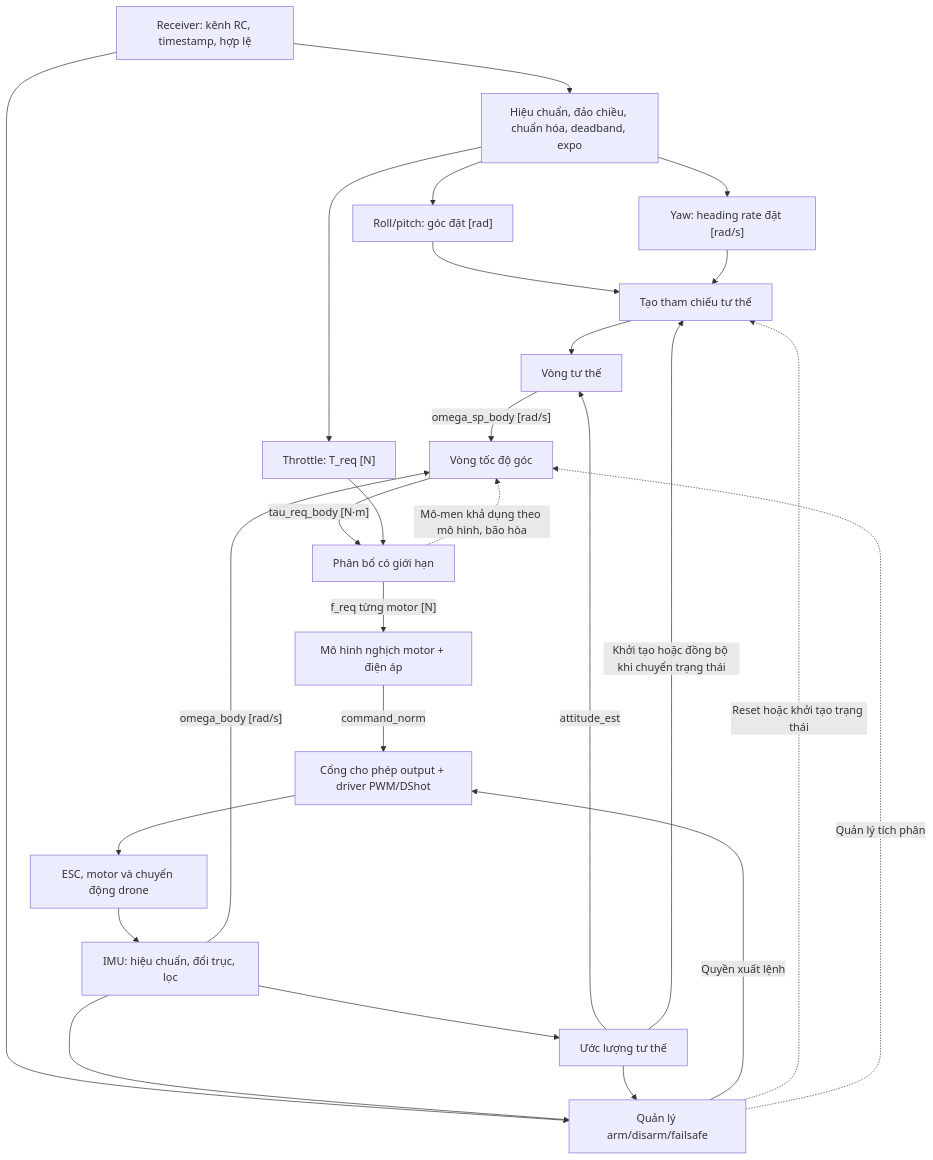
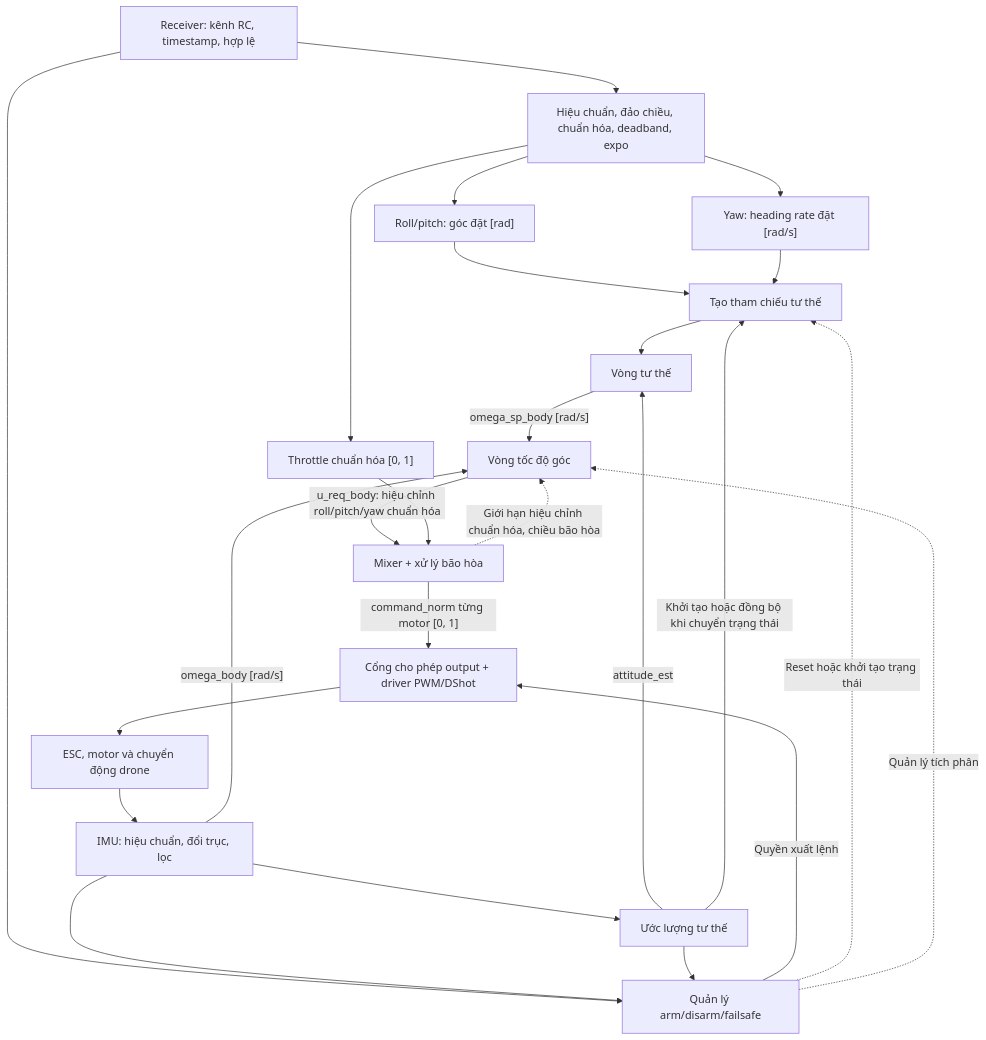
The diagram in firmware/drone/ARCHITECTURE.md (vuquan2005/drone), drawn with Mermaid before and after one commit. The commit also changed other lines of this file, not shown here.

Commit message:
docs(firmware): define target control architecture

````diff
--- a/firmware/drone/ARCHITECTURE.md
+++ b/firmware/drone/ARCHITECTURE.md
@@ -102,28 +116,27 @@
 ```mermaid
 flowchart TB
     RX["Receiver: kênh RC, timestamp, hợp lệ"] --> RC["Hiệu chuẩn, đảo chiều, chuẩn hóa, deadband, expo"]
     RC --> RP["Roll/pitch: góc đặt [rad]"]
     RC --> YAW["Yaw: heading rate đặt [rad/s]"]
     RP --> REF["Tạo tham chiếu tư thế"]
     YAW --> REF
     REF --> ATT["Vòng tư thế"]
     ATT -->|"omega_sp_body [rad/s]"| RATE["Vòng tốc độ góc"]
-    RATE -->|"tau_req_body [N·m]"| ALLOC["Phân bổ có giới hạn"]
-    RC --> THR["Throttle: T_req [N]"]
-    THR --> ALLOC
-    ALLOC -->|"f_req từng motor [N]"| MODEL["Mô hình nghịch motor + điện áp"]
-    MODEL -->|"command_norm"| OUTPUT["Cổng cho phép output + driver PWM/DShot"]
+    RATE -->|"u_req_body: hiệu chỉnh roll/pitch/yaw chuẩn hóa"| MIX["Mixer + xử lý bão hòa"]
+    RC --> THR["Throttle chuẩn hóa [0, 1]"]
+    THR --> MIX
+    MIX -->|"command_norm từng motor [0, 1]"| OUTPUT["Cổng cho phép output + driver PWM/DShot"]
     OUTPUT --> VEH["ESC, motor và chuyển động drone"]
     VEH --> IMU["IMU: hiệu chuẩn, đổi trục, lọc"]
     IMU -->|"omega_body [rad/s]"| RATE
     IMU --> EST["Ước lượng tư thế"]
     EST -->|"attitude_est"| ATT
     EST -->|"Khởi tạo hoặc đồng bộ khi chuyển trạng thái"| REF
-    ALLOC -.->|"Mô-men khả dụng theo mô hình, bão hòa"| RATE
+    MIX -.->|"Giới hạn hiệu chỉnh chuẩn hóa, chiều bão hòa"| RATE
     RX --> STATE["Quản lý arm/disarm/failsafe"]
     IMU --> STATE
     EST --> STATE
     STATE -->|"Quyền xuất lệnh"| OUTPUT
     STATE -.->|"Reset hoặc khởi tạo trạng thái"| REF
     STATE -.->|"Quản lý tích phân"| RATE
 ```
````
